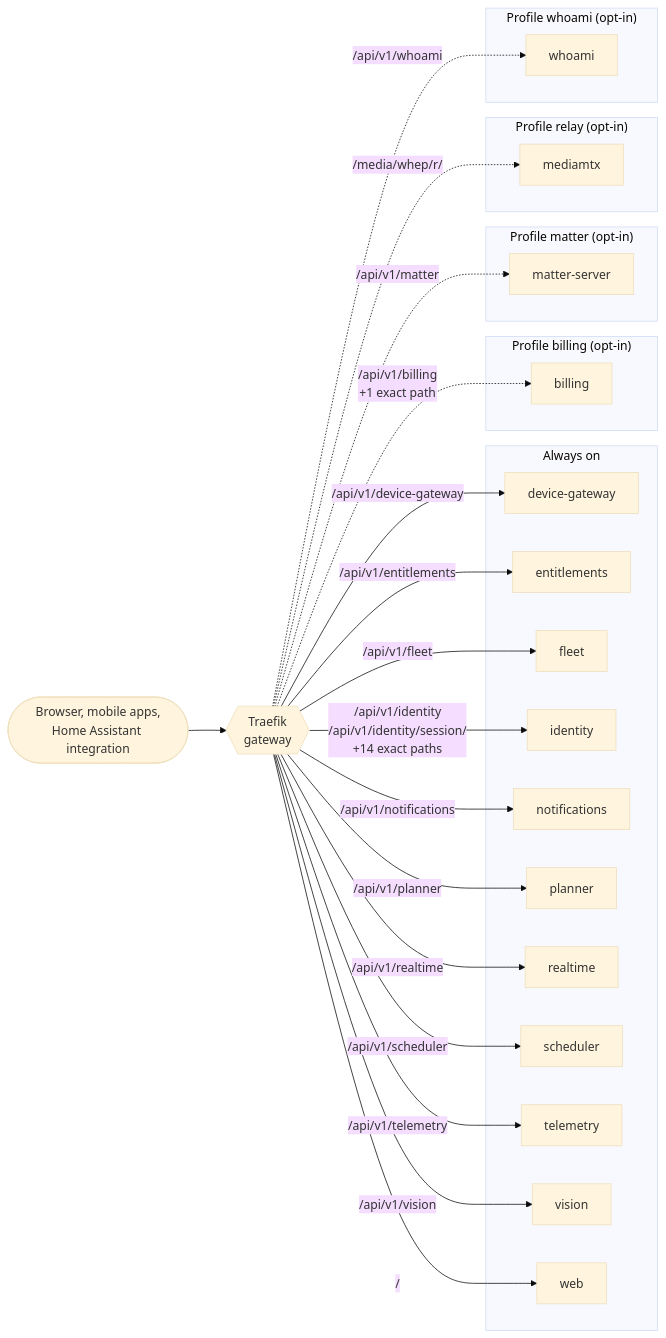
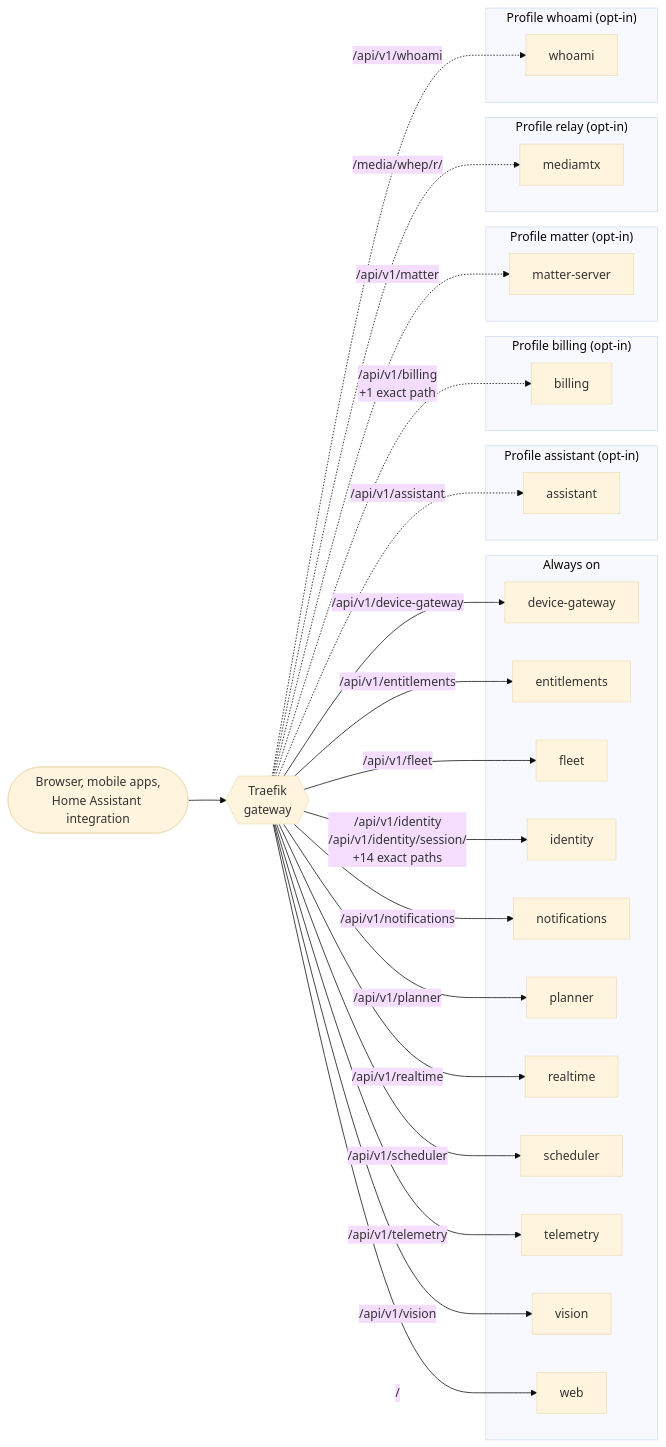
The first of 15 diagrams in docs/architecture/generated.md (lukislp/mowdeck), drawn with Mermaid (base theme) before and after one commit. The commit also changed other lines of this file and 118 other files, not shown here.

````diff
--- a/docs/architecture/generated.md
+++ b/docs/architecture/generated.md
@@ -25,46 +25,50 @@
 ```mermaid
 flowchart LR
   clients(["Browser, mobile apps,<br/>Home Assistant integration"])
   traefik{{"Traefik<br/>gateway"}}
   clients --> traefik
   subgraph sg_always["Always on"]
     device_gateway["device-gateway"]
     entitlements["entitlements"]
     fleet["fleet"]
     identity["identity"]
     notifications["notifications"]
     planner["planner"]
     realtime["realtime"]
     scheduler["scheduler"]
     telemetry["telemetry"]
     vision["vision"]
     web["web"]
+  end
+  subgraph sg_assistant["Profile assistant (opt-in)"]
+    assistant["assistant"]
   end
   subgraph sg_billing["Profile billing (opt-in)"]
     billing["billing"]
   end
   subgraph sg_matter["Profile matter (opt-in)"]
     matter_server["matter-server"]
   end
   subgraph sg_relay["Profile relay (opt-in)"]
     mediamtx["mediamtx"]
   end
   subgraph sg_whoami["Profile whoami (opt-in)"]
     whoami["whoami"]
   end
   traefik -->|"/api/v1/device-gateway"| device_gateway
   traefik -->|"/api/v1/entitlements"| entitlements
   traefik -->|"/api/v1/fleet"| fleet
   traefik -->|"/api/v1/identity<br/>/api/v1/identity/session/<br/>+14 exact paths"| identity
   traefik -->|"/api/v1/notifications"| notifications
   traefik -->|"/api/v1/planner"| planner
   traefik -->|"/api/v1/realtime"| realtime
   traefik -->|"/api/v1/scheduler"| scheduler
   traefik -->|"/api/v1/telemetry"| telemetry
   traefik -->|"/api/v1/vision"| vision
   traefik -->|"/"| web
+  traefik -.->|"/api/v1/assistant"| assistant
   traefik -.->|"/api/v1/billing<br/>+1 exact path"| billing
   traefik -.->|"/api/v1/matter"| matter_server
   traefik -.->|"/media/whep/r/"| mediamtx
   traefik -.->|"/api/v1/whoami"| whoami
 ```
````
